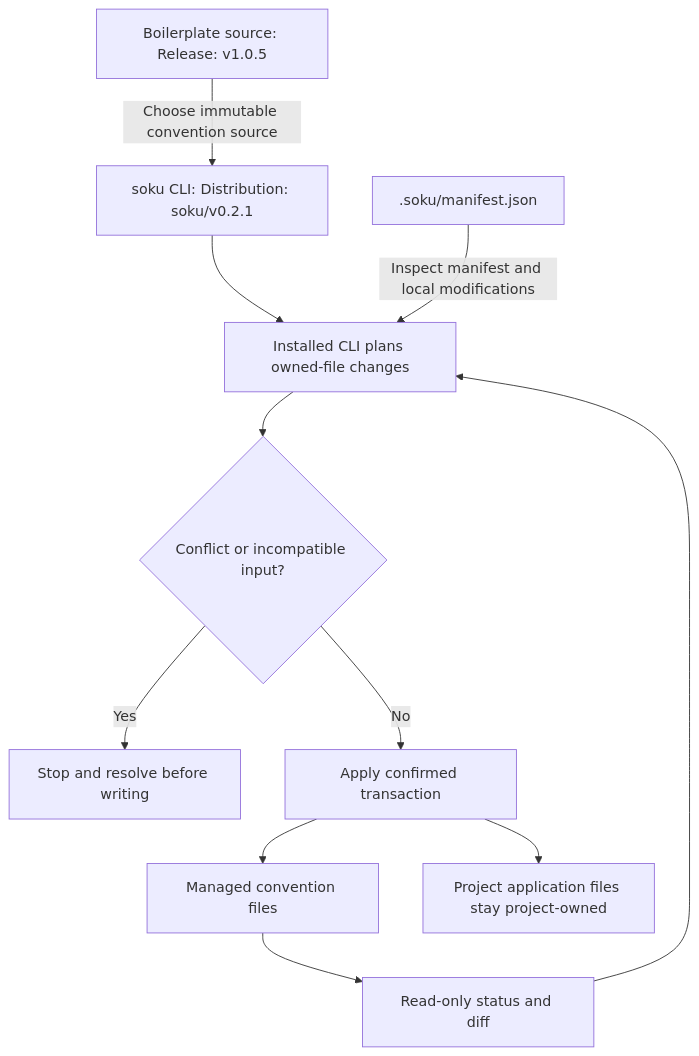
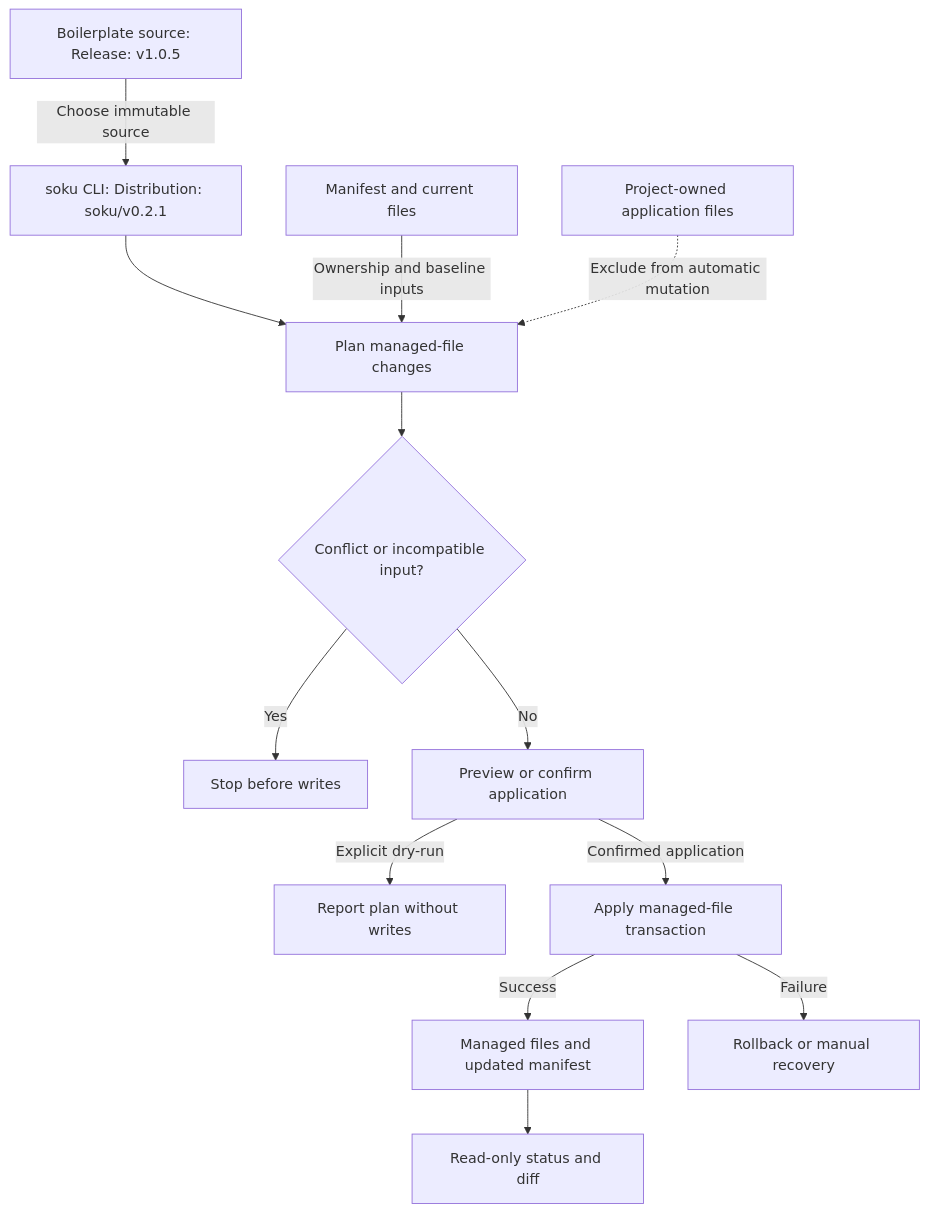
One commit to Soku-JINSEOK/Soku-Convention-Boilerplate changed the diagram in README.md. Above: the diagram before and after it, drawn with Mermaid. The commit also changed other lines of this file and 30 other files, not shown here.

First line of the commit message:
📚 docs(diagrams): align English views with implemented behavior

````diff
--- a/README.md
+++ b/README.md
@@ -107,13 +109,15 @@
 ```mermaid
 flowchart TD
-  source["Boilerplate source: Release: v1.0.5"] -->|"Choose immutable convention source"| engine["soku CLI: Distribution: soku/v0.2.1"]
-  engine --> plan["Installed CLI plans owned-file changes"]
-  manifest[".soku/manifest.json"] -->|"Inspect manifest and local modifications"| plan
+  source["Boilerplate source: Release: v1.0.5"] -->|"Choose immutable source"| engine["soku CLI: Distribution: soku/v0.2.1"]
+  engine --> plan["Plan managed-file changes"]
+  manifest["Manifest and current files"] -->|"Ownership and baseline inputs"| plan
+  project["Project-owned application files"] -.->|"Exclude from automatic mutation"| plan
   plan --> conflict{"Conflict or incompatible input?"}
-  conflict -->|"Yes"| stopNode["Stop and resolve before writing"]
-  conflict -->|"No"| apply["Apply confirmed transaction"]
-  apply --> owned["Managed convention files"]
-  apply --> state["Project application files stay project-owned"]
+  conflict -->|"Yes"| stopNode["Stop before writes"]
+  conflict -->|"No"| consent["Preview or confirm application"]
+  consent -->|"Explicit dry-run"| preview["Report plan without writes"]
+  consent -->|"Confirmed application"| apply["Apply managed-file transaction"]
+  apply -->|"Success"| owned["Managed files and updated manifest"]
+  apply -->|"Failure"| recovery["Rollback or manual recovery"]
   owned --> inspect["Read-only status and diff"]
-  inspect --> plan
 ```
````
